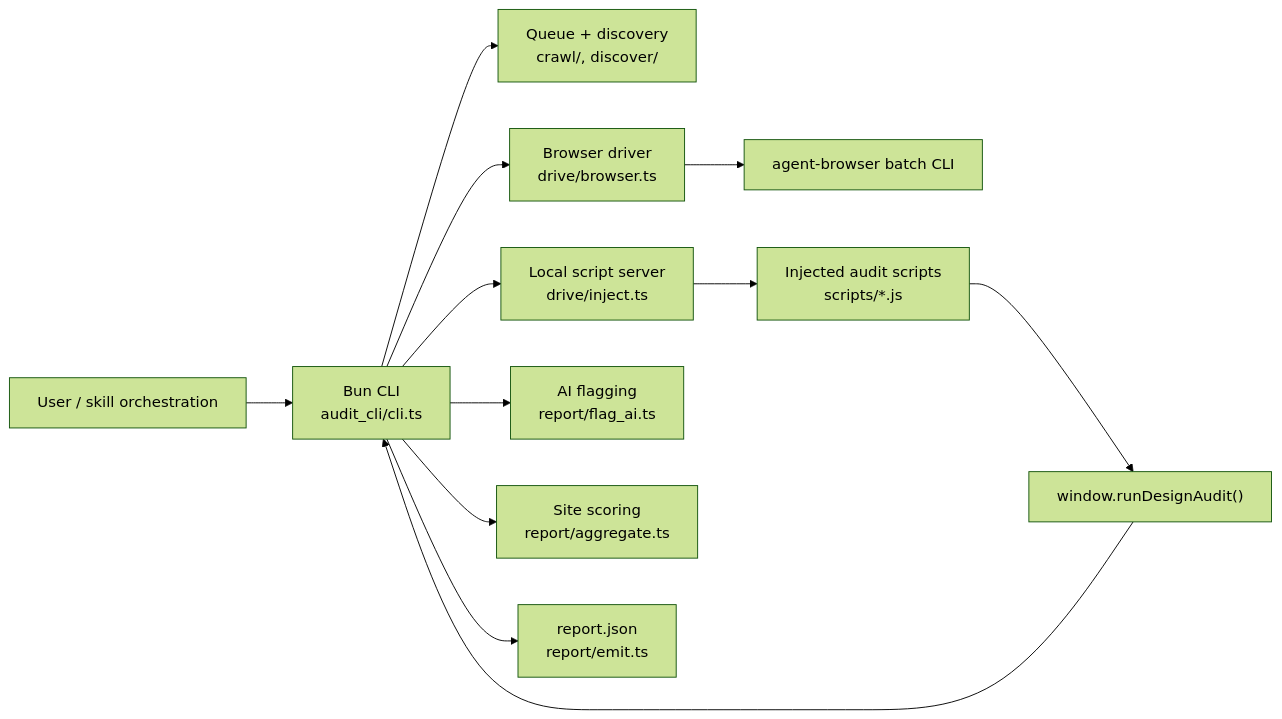
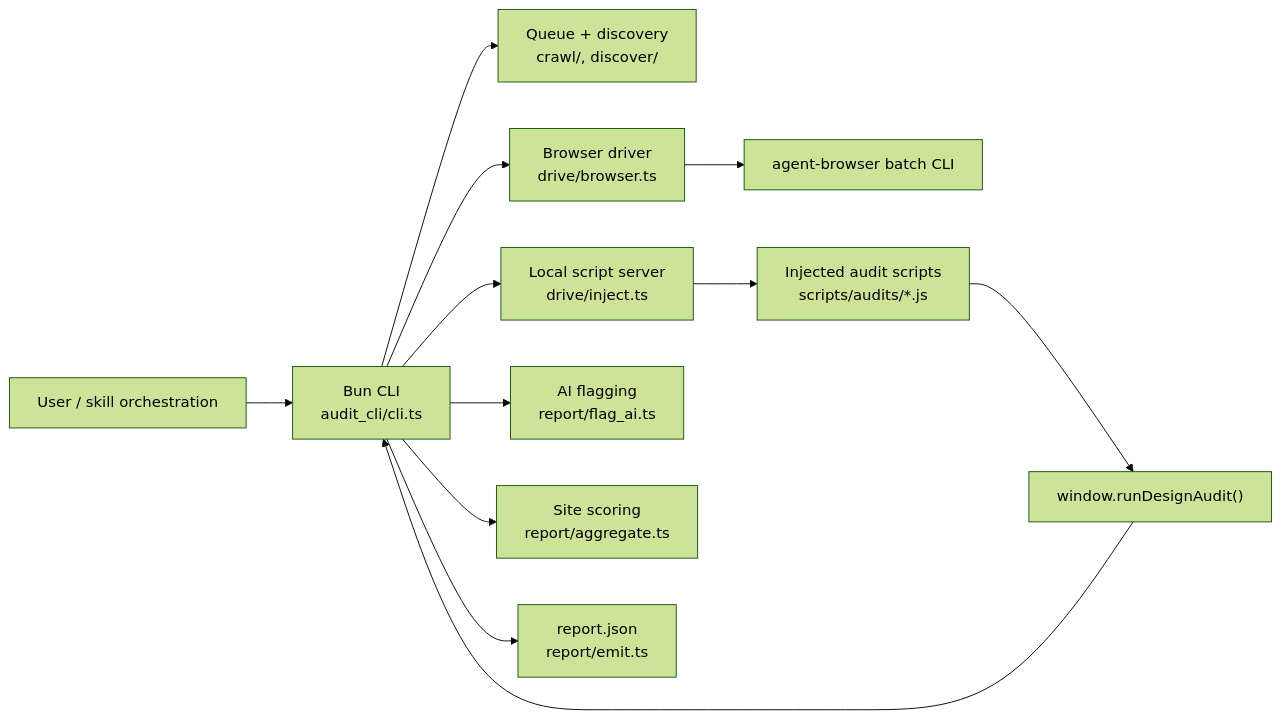
One commit to alvis/.agents changed the first of 3 diagrams in plugins/web/skills/audit/references/architecture.md. Above: the diagram before and after it, drawn with Mermaid (forest theme). The commit also changed other lines of this file and 26 other files, not shown here.

First line of the commit message:
refactor(web): promote audit scripts and review template to plugin

````diff
--- a/plugins/web/skills/audit/references/architecture.md
+++ b/plugins/web/skills/audit/references/architecture.md
@@ -18,16 +18,16 @@
 ```mermaid
 flowchart LR
     U["User / skill orchestration"] --> CLI["Bun CLI<br/>audit_cli/cli.ts"]
     CLI --> Q["Queue + discovery<br/>crawl/, discover/"]
     CLI --> B["Browser driver<br/>drive/browser.ts"]
     CLI --> S["Local script server<br/>drive/inject.ts"]
 
     B --> AB["agent-browser batch CLI"]
-    S --> JS["Injected audit scripts<br/>scripts/*.js"]
+    S --> JS["Injected audit scripts<br/>scripts/audits/*.js"]
     JS --> AGG["window.runDesignAudit()"]
     AGG --> CLI
 
     CLI --> FLAG["AI flagging<br/>report/flag_ai.ts"]
     CLI --> SCORE["Site scoring<br/>report/aggregate.ts"]
     CLI --> OUT["report.json<br/>report/emit.ts"]
 ```
````
